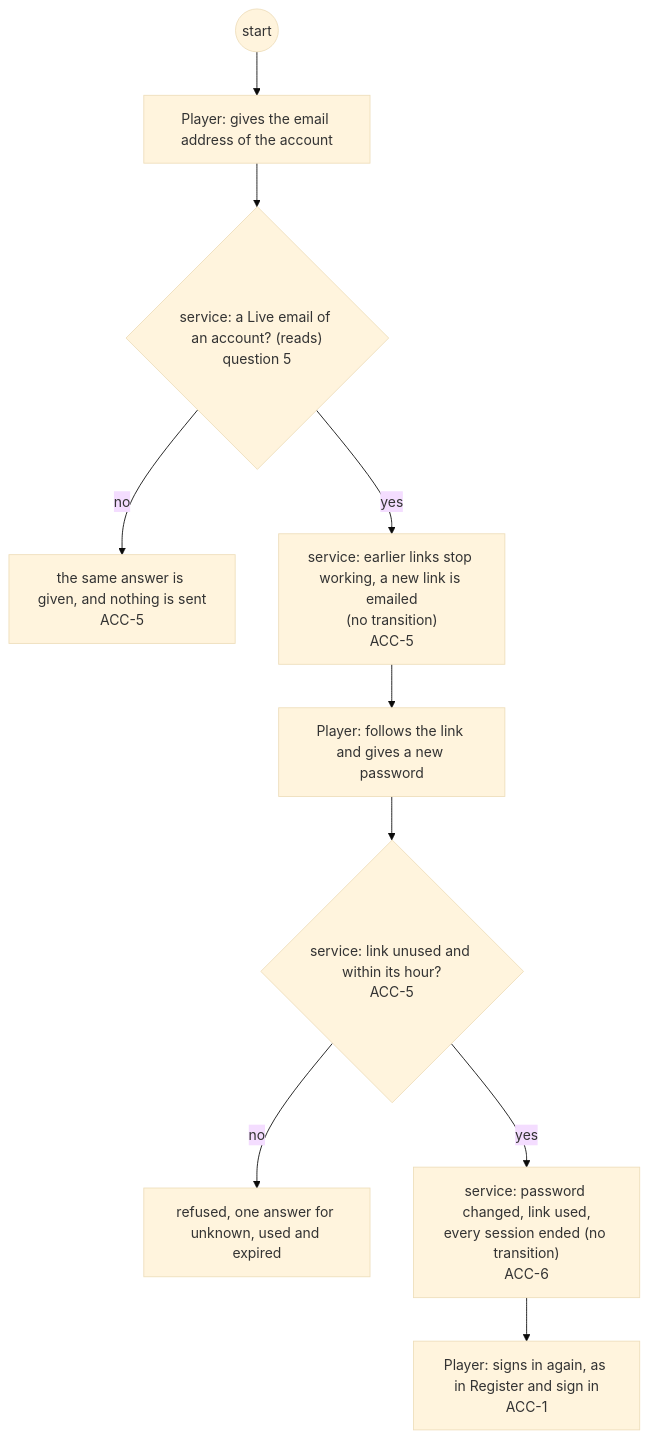
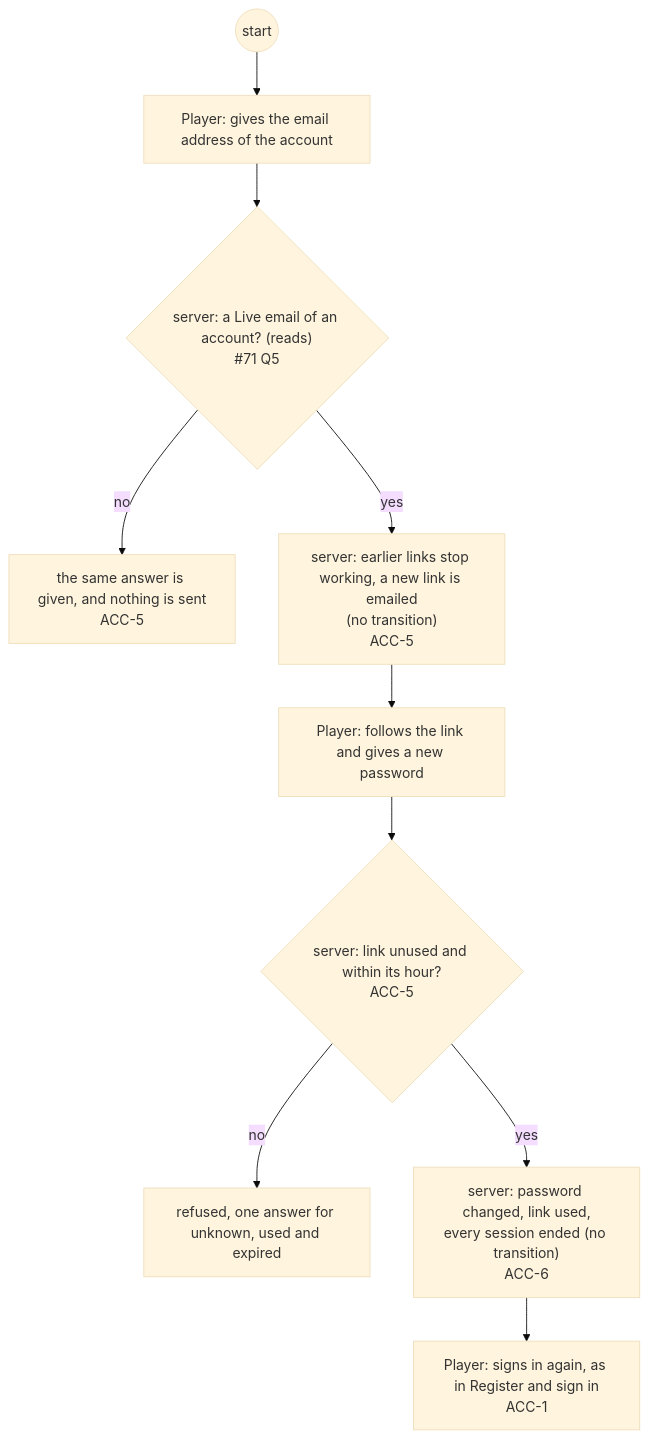
The sixth of 29 diagrams in docs/changes/workstreams/application-game-architecture/71-one-game-model/71-functional.md (delphside/programme), drawn with Mermaid (base theme) before and after one commit. The commit also changed other lines of this file, not shown here.

First line of the commit message:
app 0.9.2 api 2.16: 71: Tile Lite Elite Server, server steps, and question references name #71

````diff
--- a/docs/changes/workstreams/application-game-architecture/71-one-game-model/71-functional.md
+++ b/docs/changes/workstreams/application-game-architecture/71-one-game-model/71-functional.md
@@ -156,12 +156,12 @@
 ```mermaid
 flowchart TD
   s0((start)) --> p1["Player: gives the email address of the account"]
-  p1 --> v2{"service: a Live email of an account? (reads)<br/>question 5"}
+  p1 --> v2{"server: a Live email of an account? (reads)<br/>#71 Q5"}
   v2 -- no --> a1["the same answer is given, and nothing is sent<br/>ACC-5"]
-  v2 -- yes --> t1["service: earlier links stop working, a new link is emailed<br/>(no transition)<br/>ACC-5"]
+  v2 -- yes --> t1["server: earlier links stop working, a new link is emailed<br/>(no transition)<br/>ACC-5"]
   t1 --> p2["Player: follows the link and gives a new password"]
-  p2 --> v3{"service: link unused and within its hour?<br/>ACC-5"}
+  p2 --> v3{"server: link unused and within its hour?<br/>ACC-5"}
   v3 -- no --> r2["refused, one answer for unknown, used and expired"]
-  v3 -- yes --> t2["service: password changed, link used,<br/>every session ended (no transition)<br/>ACC-6"]
+  v3 -- yes --> t2["server: password changed, link used,<br/>every session ended (no transition)<br/>ACC-6"]
   t2 --> p3["Player: signs in again, as in Register and sign in<br/>ACC-1"]
 ```
````
